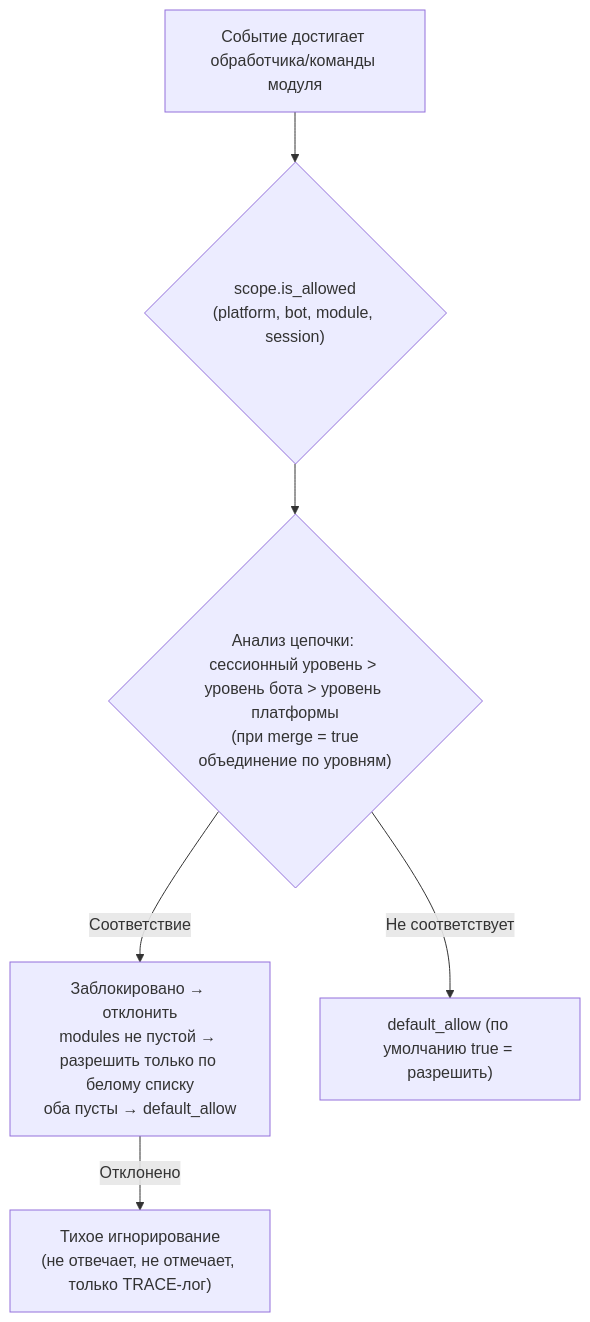
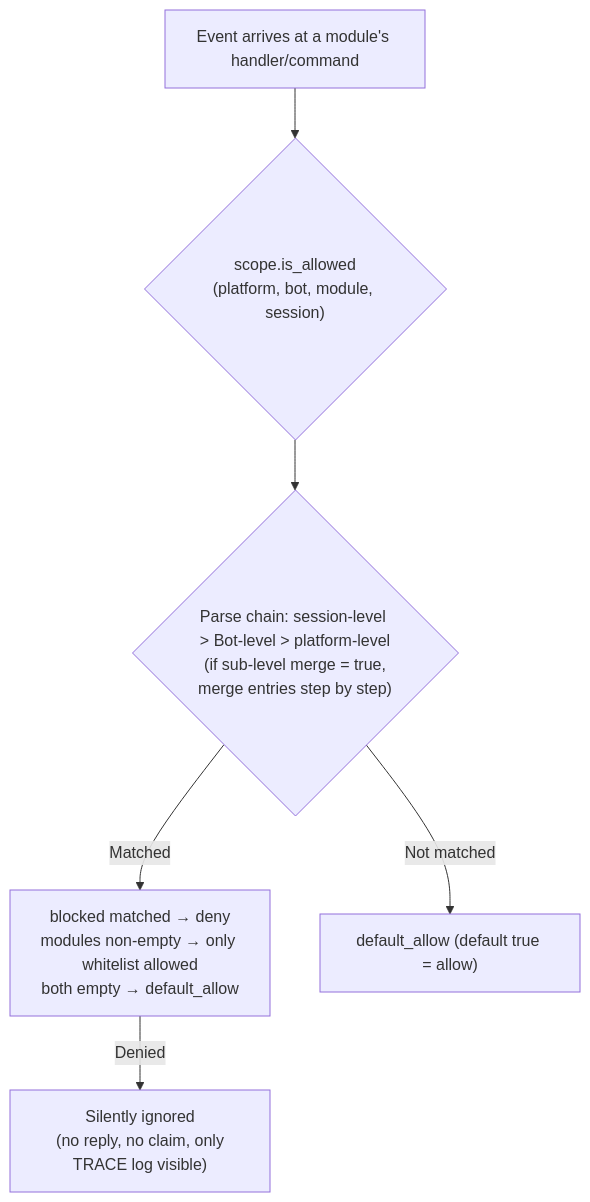
One commit to ErisPulse/ErisPulse changed the diagram in docs/ru/advanced/scope.md. Above: the diagram before and after it, drawn with Mermaid. The commit also changed other lines of this file and 44 other files, not shown here.

````diff
--- a/docs/ru/advanced/scope.md
+++ b/docs/ru/advanced/scope.md
@@ -91,8 +96,8 @@
 ```mermaid
 flowchart TD
-    A["Событие достигает обработчика/команды модуля"] --> B{"scope.is_allowed<br/>(platform, bot, module, session)"}
-    B --> C{"Анализ цепочки: сессионный уровень > уровень бота > уровень платформы<br/> (при merge = true объединение по уровням)"}
-    C -->|"Соответствие"| D["Заблокировано → отклонить<br/>modules не пустой → разрешить только по белому списку<br/>оба пусты → default_allow"]
-    C -->|"Не соответствует"| E["default_allow (по умолчанию true = разрешить)"]
-    D -->|"Отклонено"| Z["Тихое игнорирование<br/>(не отвечает, не отмечает, только TRACE-лог)"]
+    A["Event arrives at a module's handler/command"] --> B{"scope.is_allowed<br/>(platform, bot, module, session)"}
+    B --> C{"Parse chain: session-level > Bot-level > platform-level<br/> (if sub-level merge = true, merge entries step by step)"}
+    C -->|"Matched"| D["blocked matched → deny<br/>modules non-empty → only whitelist allowed<br/>both empty → default_allow"]
+    C -->|"Not matched"| E["default_allow (default true = allow)"]
+    D -->|"Denied"| Z["Silently ignored<br/> (no reply, no claim, only TRACE log visible)"]
 ```
````
